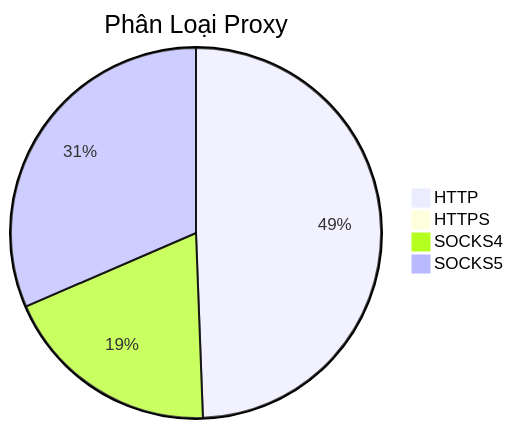
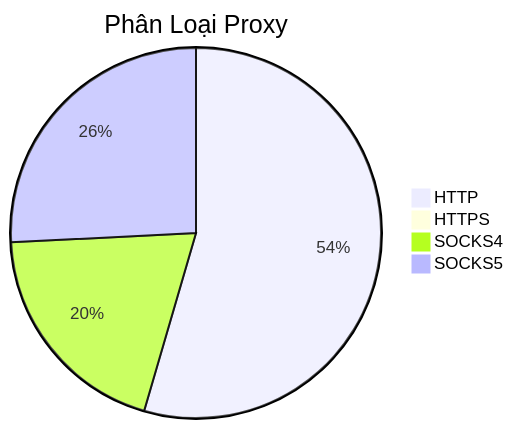
Before and after one commit to Ciara-12/PROXY-free: the diagram in README.md, drawn with Mermaid. The commit also changed other lines of this file and 4 other files, not shown here.

````diff
--- a/README.md
+++ b/README.md
@@ -26,7 +26,7 @@
 ```mermaid
 pie title Phân Loại Proxy
-    "HTTP" : 786
-    "HTTPS" : 2
-    "SOCKS4" : 304
-    "SOCKS5" : 501
+    "HTTP" : 972
+    "HTTPS" : 3
+    "SOCKS4" : 351
+    "SOCKS5" : 460
 ```
````
